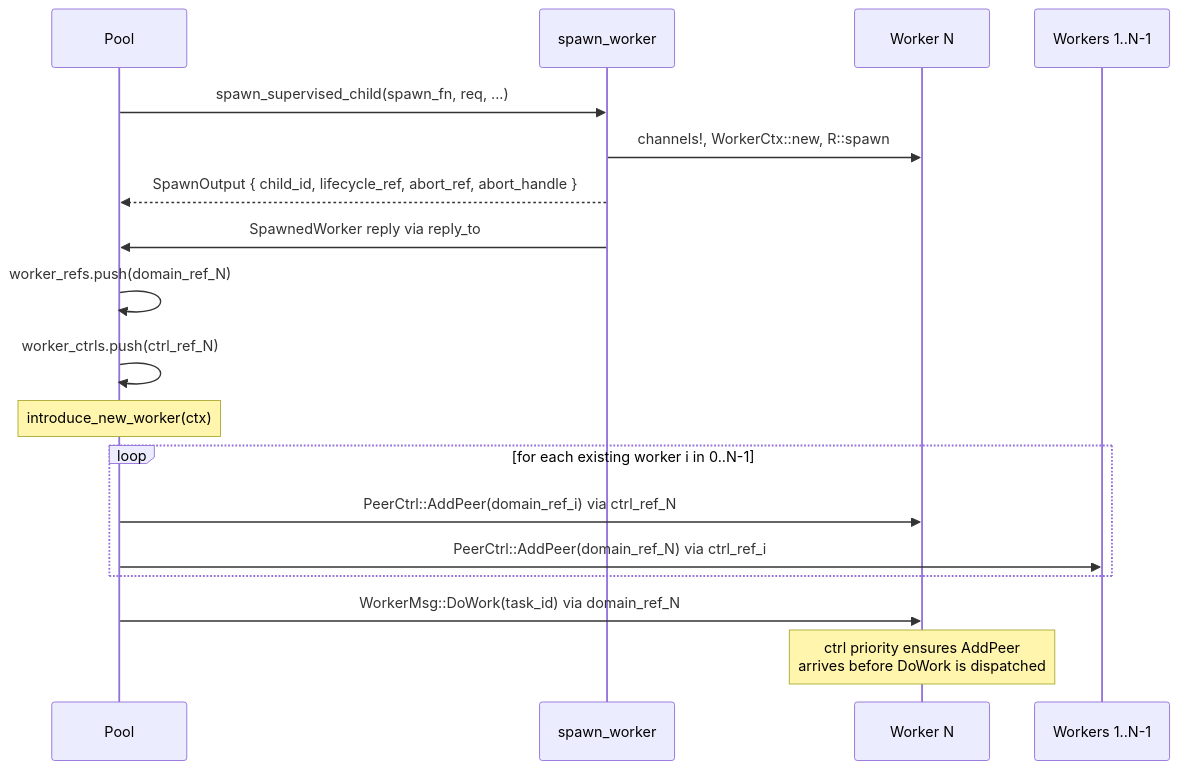
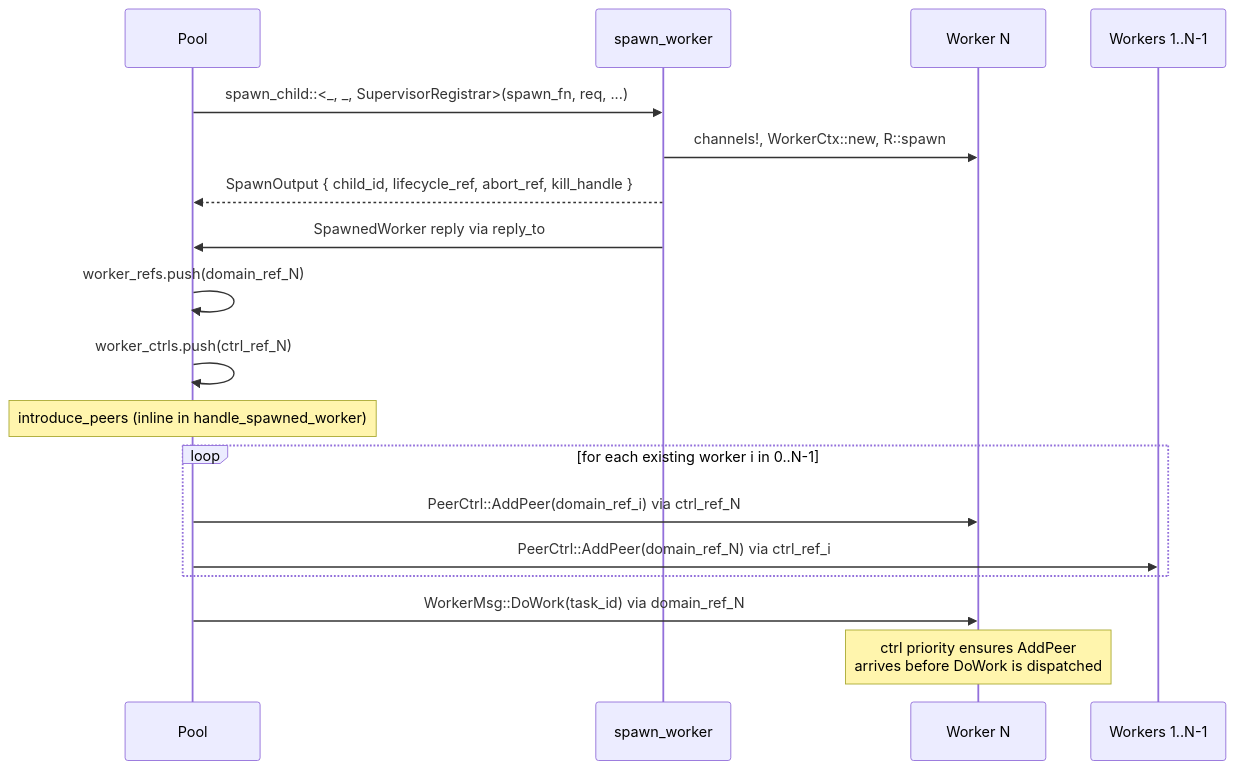
The first of 2 diagrams in spec/architecture/18-spawn-architecture.md (bloxide-com/bloxide), drawn with Mermaid before and after one commit. The commit also changed other lines of this file and 43 other files, not shown here.

````diff
--- a/spec/architecture/18-spawn-architecture.md
+++ b/spec/architecture/18-spawn-architecture.md
@@ -1033,24 +1033,24 @@
 ```mermaid
 sequenceDiagram
     participant Pool
     participant Factory as spawn_worker
     participant NewWorker as Worker N
     participant OldWorker as Workers 1..N-1
 
-    Pool->>Factory: spawn_supervised_child(spawn_fn, req, ...)
+    Pool->>Factory: spawn_child::<_, _, SupervisorRegistrar>(spawn_fn, req, ...)
     Factory->>NewWorker: channels!, WorkerCtx::new, R::spawn
-    Factory-->>Pool: SpawnOutput { child_id, lifecycle_ref, abort_ref, abort_handle }
+    Factory-->>Pool: SpawnOutput { child_id, lifecycle_ref, abort_ref, kill_handle }
     Factory->>Pool: SpawnedWorker reply via reply_to
 
     Pool->>Pool: worker_refs.push(domain_ref_N)
     Pool->>Pool: worker_ctrls.push(ctrl_ref_N)
 
-    Note over Pool: introduce_new_worker(ctx)
+    Note over Pool: introduce_peers (inline in handle_spawned_worker)
     loop for each existing worker i in 0..N-1
         Pool->>NewWorker: PeerCtrl::AddPeer(domain_ref_i) via ctrl_ref_N
         Pool->>OldWorker: PeerCtrl::AddPeer(domain_ref_N) via ctrl_ref_i
     end
 
     Pool->>NewWorker: WorkerMsg::DoWork(task_id) via domain_ref_N
     Note over NewWorker: ctrl priority ensures AddPeer<br/>arrives before DoWork is dispatched
 ```
````
